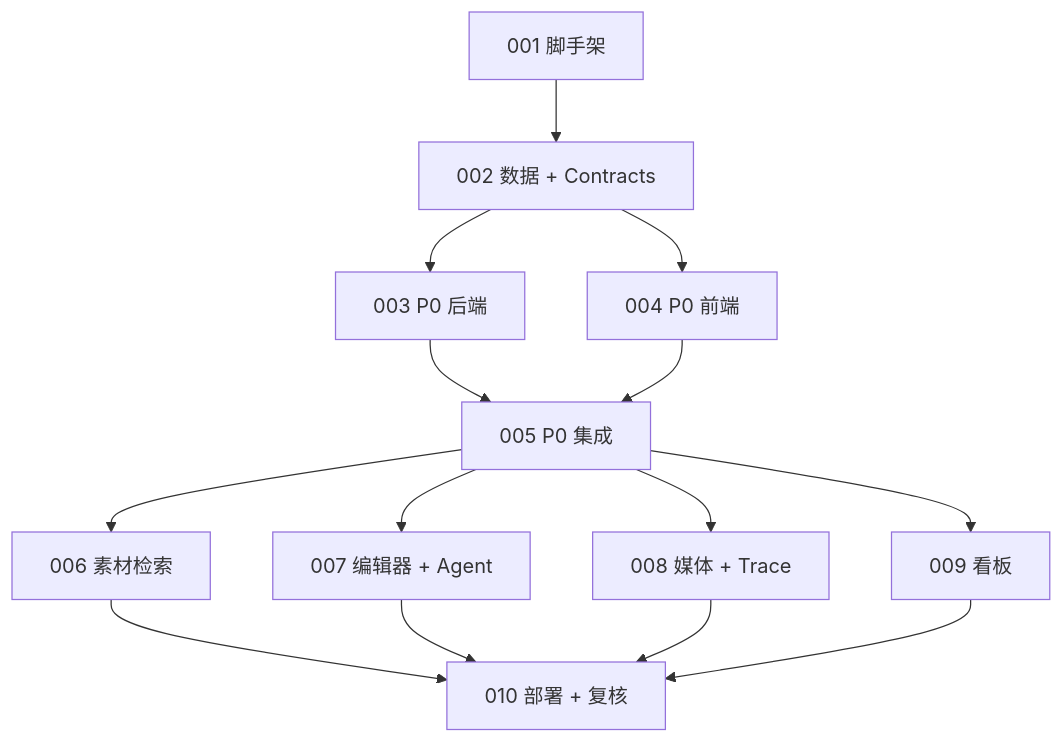
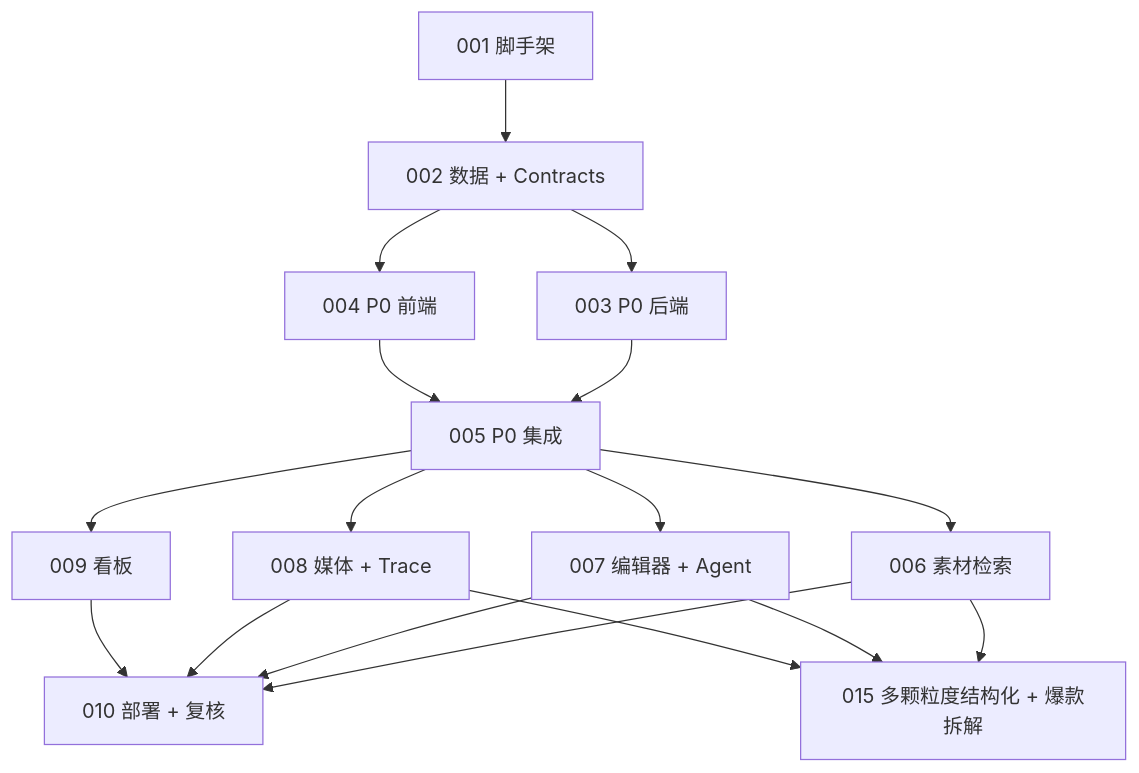
One commit to Jankin-Chen123/shopclip-ai changed the diagram in projects/shopclip-ai/02-development-plan.md. Above: the diagram before and after it, drawn with Mermaid. The commit also changed other lines of this file and 47 other files, not shown here.

````diff
--- a/projects/shopclip-ai/02-development-plan.md
+++ b/projects/shopclip-ai/02-development-plan.md
@@ -105,16 +106,19 @@
 ```mermaid
 flowchart TD
   P001["001 脚手架"] --> P002["002 数据 + Contracts"]
   P002 --> P003["003 P0 后端"]
   P002 --> P004["004 P0 前端"]
   P003 --> P005["005 P0 集成"]
   P004 --> P005
   P005 --> P006["006 素材检索"]
   P005 --> P007["007 编辑器 + Agent"]
   P005 --> P008["008 媒体 + Trace"]
   P005 --> P009["009 看板"]
   P006 --> P010["010 部署 + 复核"]
   P007 --> P010
   P008 --> P010
   P009 --> P010
+  P006 --> P015["015 多颗粒度结构化 + 爆款拆解"]
+  P007 --> P015
+  P008 --> P015
 ```
````
